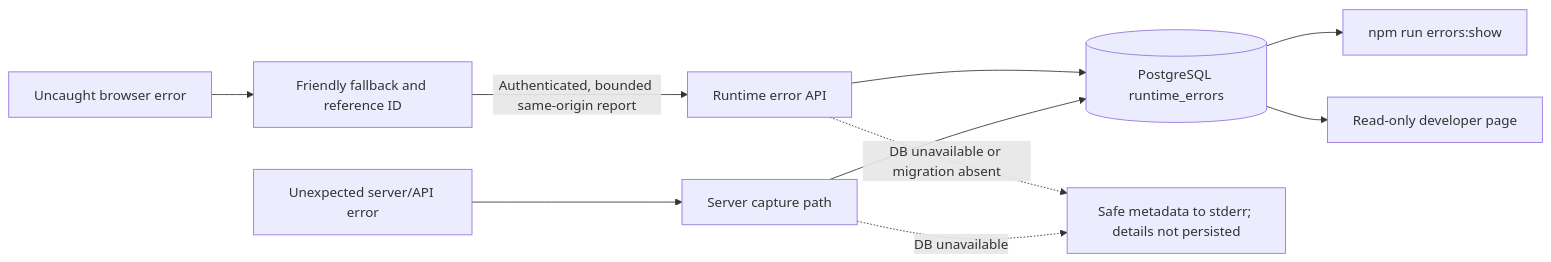
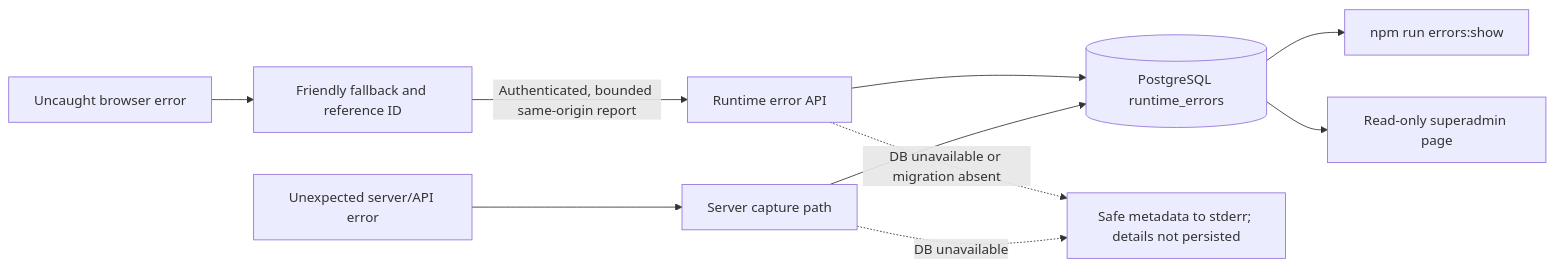
The diagram in docs/operations/runtime-error-troubleshooting.md (alterbytedev/packetmotion-sdwan), drawn with Mermaid before and after one commit. The commit also changed other lines of this file and 73 other files, not shown here.

````diff
--- a/docs/operations/runtime-error-troubleshooting.md
+++ b/docs/operations/runtime-error-troubleshooting.md
@@ -19,12 +19,12 @@
 ```mermaid
 flowchart LR
   Browser[Uncaught browser error] --> Fallback[Friendly fallback and reference ID]
   Fallback -->|Authenticated, bounded same-origin report| API[Runtime error API]
   Server[Unexpected server/API error] --> Capture[Server capture path]
   API --> Persist[(PostgreSQL runtime_errors)]
   Capture --> Persist
   Persist --> CLI[npm run errors:show]
-  Persist --> Web[Read-only developer page]
+  Persist --> Web[Read-only superadmin page]
   API -. DB unavailable or migration absent .-> Stderr[Safe metadata to stderr; details not persisted]
   Capture -. DB unavailable .-> Stderr
 ```
````
